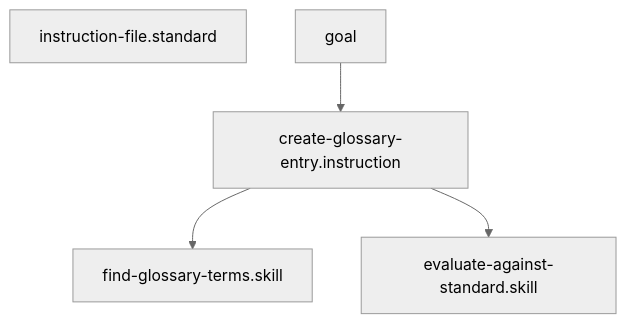
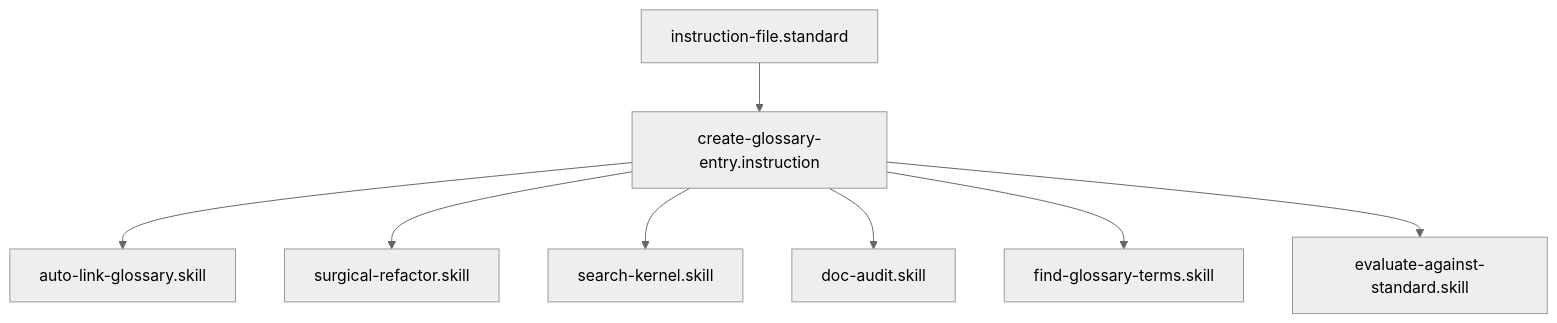
Before and after one commit to Gizmo4Life/ai-kernel: the diagram in instructions/create-glossary-entry.instruction.md, drawn with Mermaid (neutral theme). The commit also changed other lines of this file and 89 other files, not shown here.

````diff
--- a/instructions/create-glossary-entry.instruction.md
+++ b/instructions/create-glossary-entry.instruction.md
@@ -26,7 +26,10 @@
 ```mermaid
 graph TD
-    instruction-file.standard
-goal --> create-glossary-entry.instruction
+    instruction-file.standard --> create-glossary-entry.instruction
+    create-glossary-entry.instruction --> auto-link-glossary[auto-link-glossary.skill]
+    create-glossary-entry.instruction --> surgical-refactor[surgical-refactor.skill]
+    create-glossary-entry.instruction --> search-kernel[search-kernel.skill]
+    create-glossary-entry.instruction --> doc-audit[doc-audit.skill]
     create-glossary-entry.instruction --> find-glossary-terms[find-glossary-terms.skill]
     create-glossary-entry.instruction --> evaluate-against-standard[evaluate-against-standard.skill]
 ```
````
